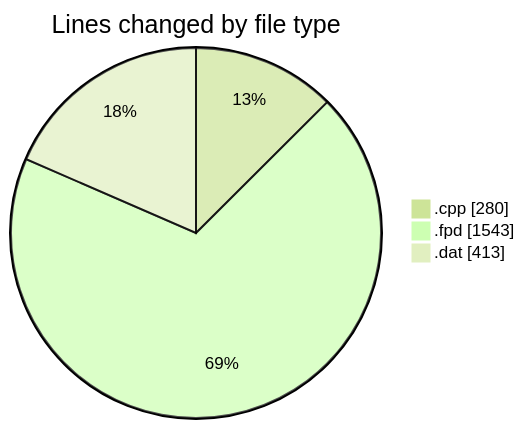
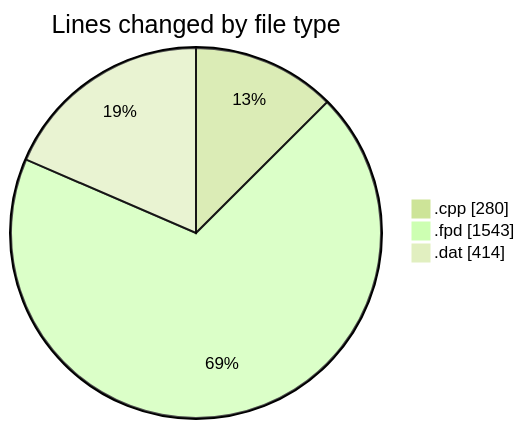
The first of 2 diagrams in 2026-07-02/cilapp/README.md (ricardozamudiocil/code-tracking), drawn with Mermaid (forest theme) before and after one commit. The commit also changed other lines of this file and 1 other file, not shown here.

````diff
--- a/2026-07-02/cilapp/README.md
+++ b/2026-07-02/cilapp/README.md
@@ -23,7 +23,7 @@
 ```mermaid
 pie showData
 title Lines changed by file type
 ".cpp" : 280
 ".fpd" : 1543
-".dat" : 413
+".dat" : 414
 ```
````
